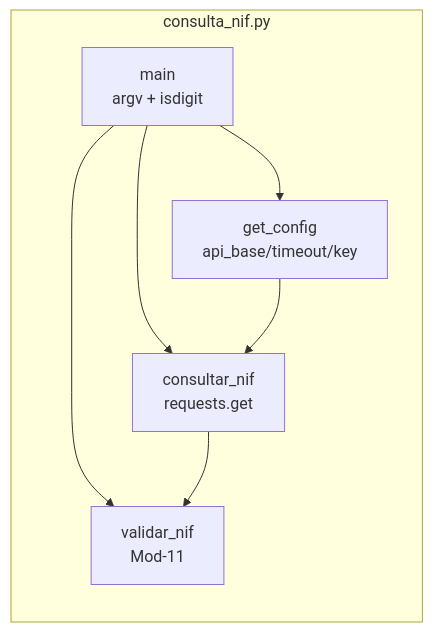
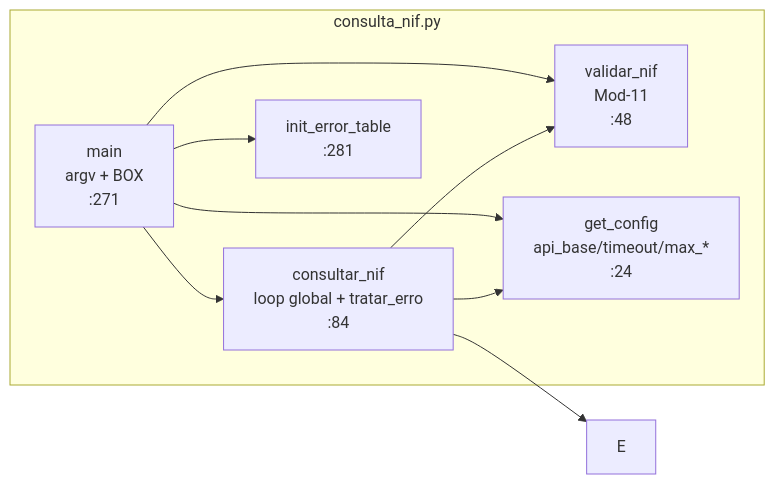
One commit to nunoetome/nif-pt changed the third of 5 diagrams in docs/architecture/architecture.md. Above: the diagram before and after it, drawn with Mermaid. The commit also changed other lines of this file and 19 other files, not shown here.

````diff
--- a/docs/architecture/architecture.md
+++ b/docs/architecture/architecture.md
@@ -57,14 +62,12 @@
 ```mermaid
 graph LR
     subgraph consulta_nif.py
-        V[validar_nif<br/>Mod-11]
-        G[get_config<br/>api_base/timeout/key]
-        R[consultar_nif<br/>requests.get]
-        M[main<br/>argv + isdigit]
+        V[validar_nif<br/>Mod-11<br/>:48]
+        G[get_config<br/>api_base/timeout/max_*<br/>:24]
+        R[consultar_nif<br/>loop global + tratar_erro<br/>:84]
+        IE[init_error_table<br/>:281]
+        M[main<br/>argv + BOX<br/>:271]
     end
-    M --> V
-    M --> G
-    M --> R
-    R --> V
-    G --> R
+    M --> V & G & IE & R
+    R --> V & G & E
 ```
````
